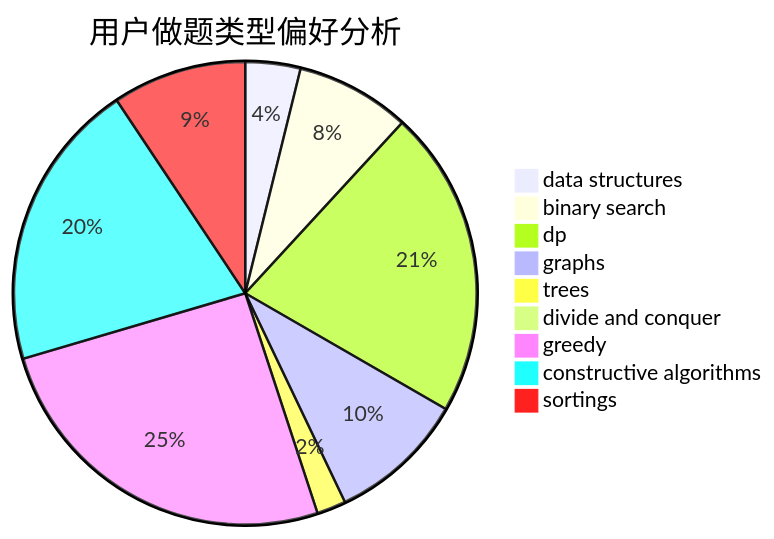
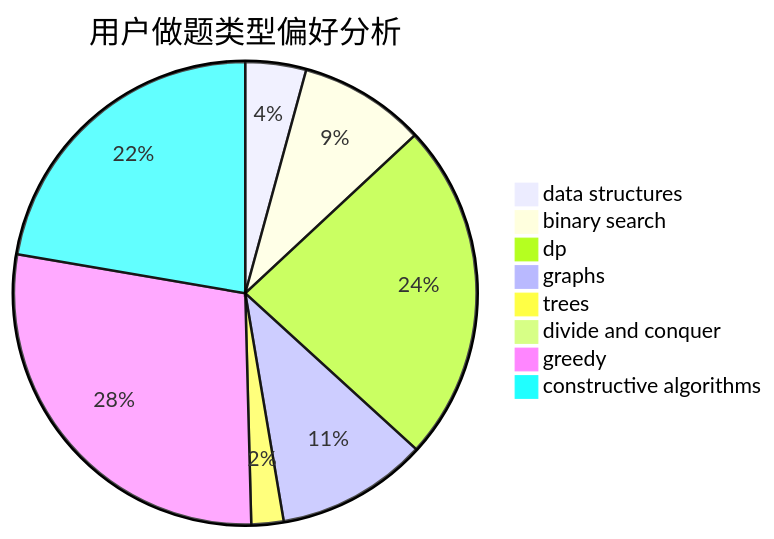
Before and after one commit to sherpahu/cfrs.github.io: the second of 3 diagrams in docs/user/u2531.md, drawn with Mermaid. The commit also changed other lines of this file and 2769 other files, not shown here.

````diff
--- a/docs/user/u2531.md
+++ b/docs/user/u2531.md
@@ -18,12 +18,11 @@
 ```mermaid
 pie title 用户做题类型偏好分析
     "data structures" :  51
     "binary search" :  106
     "dp" :  285
     "graphs" :  127
     "trees" :  27
     "divide and conquer" :  0
     "greedy" :  338
     "constructive algorithms" :  268
-    "sortings" :  124
 ```
````
